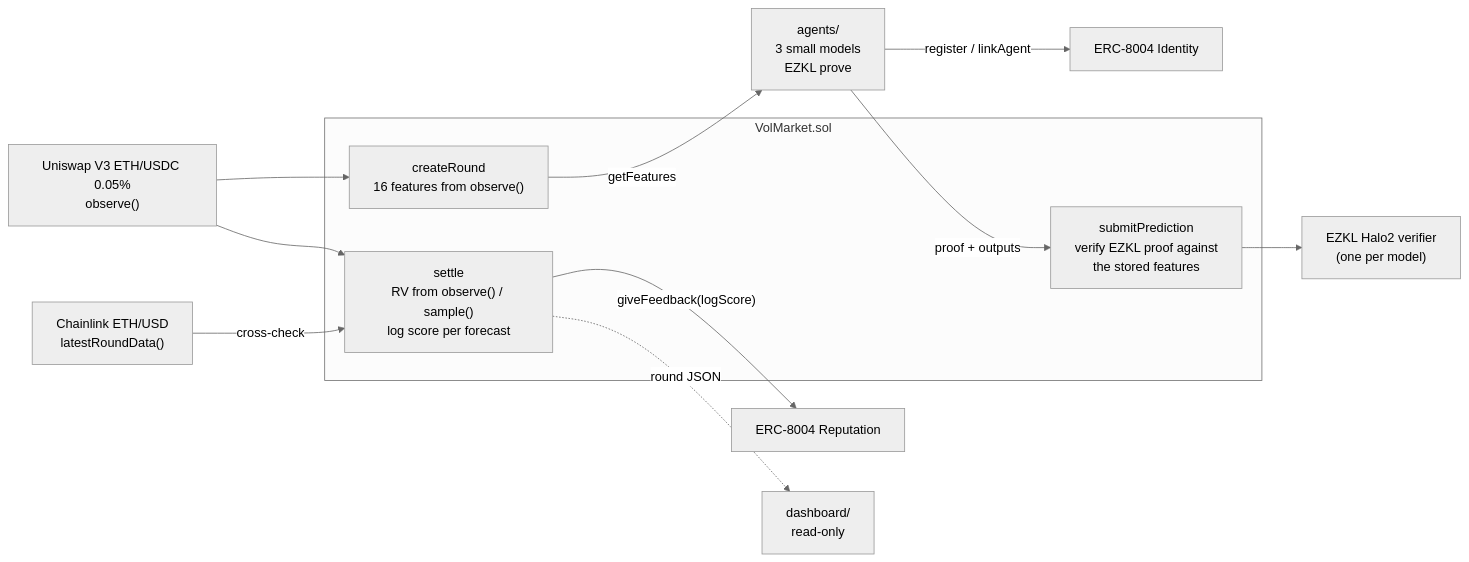
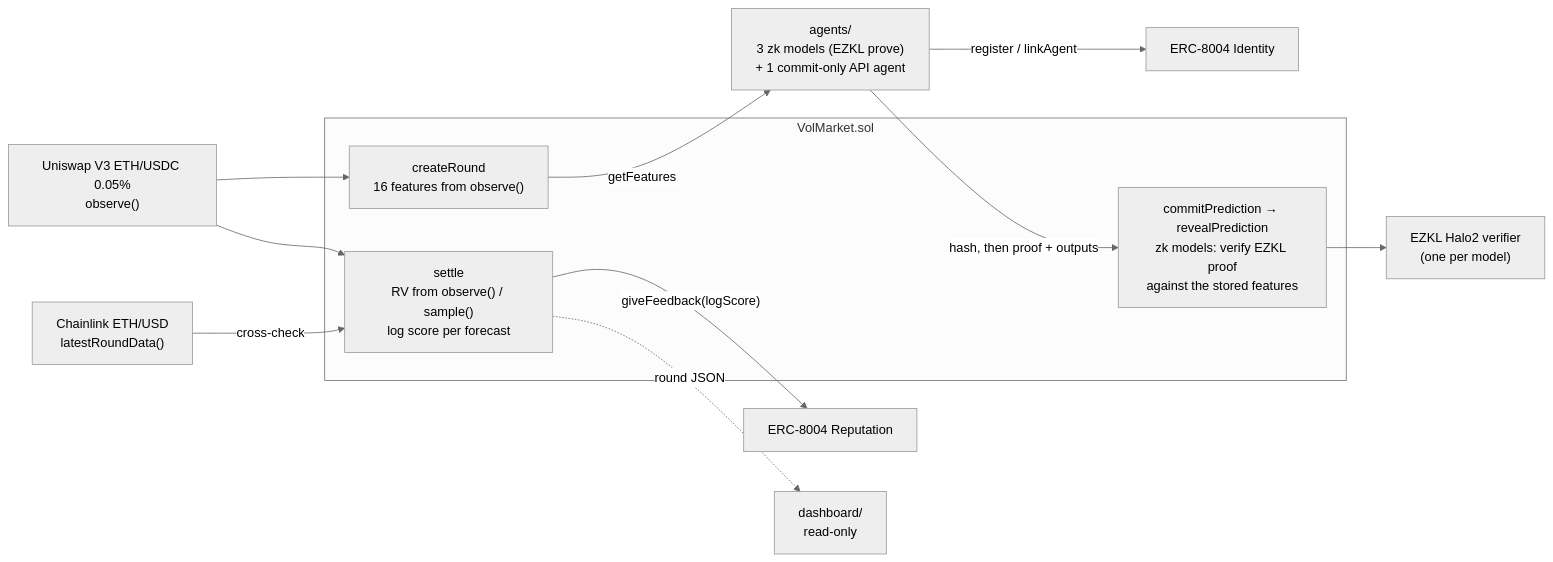
Before and after one commit to counterfactual5/verifiable-forecasts: the diagram in README.md, drawn with Mermaid (neutral theme). The commit also changed other lines of this file and 6 other files, not shown here.

First line of the commit message:
Docs: commit-reveal, commit-only tier and predictor share are implemented

````diff
--- a/README.md
+++ b/README.md
@@ -29,25 +29,25 @@
 ```mermaid
 flowchart LR
   pool["Uniswap V3 ETH/USDC 0.05%<br/>observe()"]
   feed["Chainlink ETH/USD<br/>latestRoundData()"]
   subgraph market["VolMarket.sol"]
     create["createRound<br/>16 features from observe()"]
-    submit["submitPrediction<br/>verify EZKL proof against<br/>the stored features"]
+    submit["commitPrediction → revealPrediction<br/>zk models: verify EZKL proof<br/>against the stored features"]
     settle["settle<br/>RV from observe() / sample()<br/>log score per forecast"]
   end
-  agents["agents/<br/>3 small models<br/>EZKL prove"]
+  agents["agents/<br/>3 zk models (EZKL prove)<br/>+ 1 commit-only API agent"]
   verifier["EZKL Halo2 verifier<br/>(one per model)"]
   id["ERC-8004 Identity"]
   rep["ERC-8004 Reputation"]
   dash["dashboard/<br/>read-only"]
 
   pool --> create
   create -- getFeatures --> agents
-  agents -- proof + outputs --> submit
+  agents -- hash, then proof + outputs --> submit
   submit --> verifier
   pool --> settle
   feed -- cross-check --> settle
   agents -- register / linkAgent --> id
   settle -- giveFeedback(logScore) --> rep
   settle -. round JSON .-> dash
 ```
````
